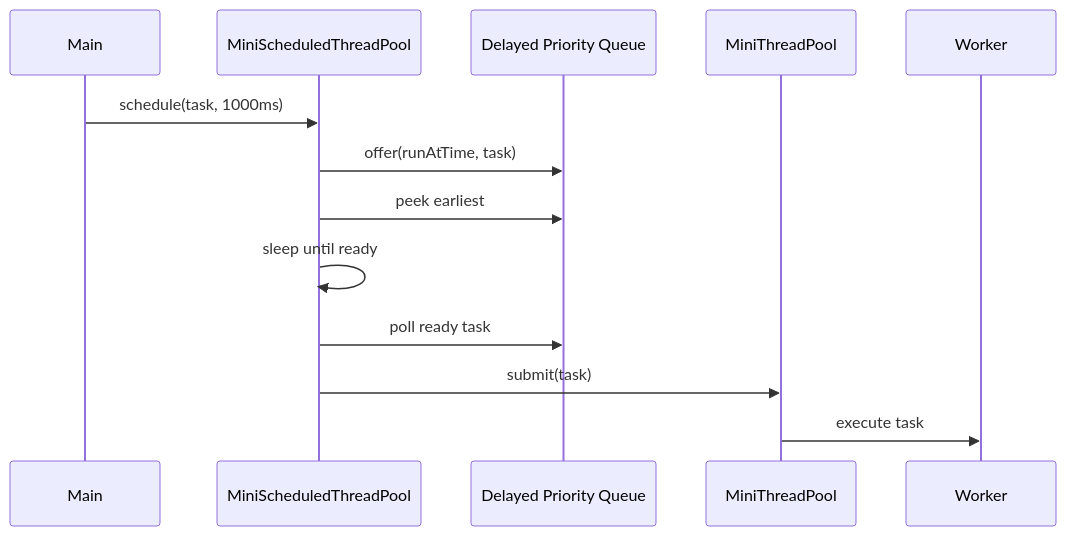
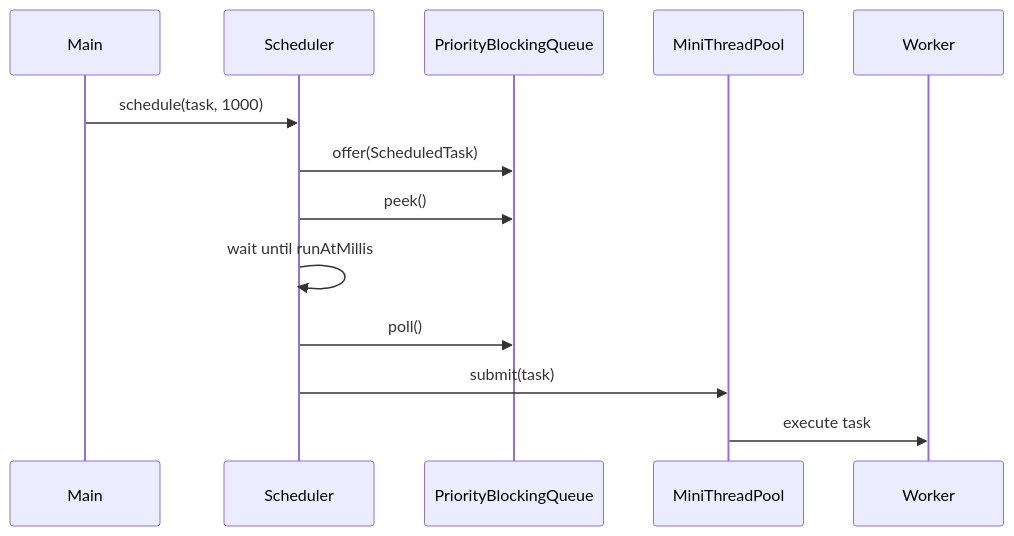
One commit to mthaiseer/springcloud-systemdesign-notes changed the eighth of 8 diagrams in HLD_NOTES/006_MINI_PROJECTS/001_ThreadPool.md. Above: the diagram before and after it, drawn with Mermaid. The commit also changed other lines of this file and 2 other files, not shown here.

````diff
--- a/HLD_NOTES/006_MINI_PROJECTS/001_ThreadPool.md
+++ b/HLD_NOTES/006_MINI_PROJECTS/001_ThreadPool.md
@@ -1683,16 +2491,16 @@
 ```mermaid
 sequenceDiagram
     participant Main
-    participant Scheduler as MiniScheduledThreadPool
-    participant DelayQ as Delayed Priority Queue
-    participant WorkerPool as MiniThreadPool
+    participant Scheduler
+    participant DelayQ as PriorityBlockingQueue
+    participant Pool as MiniThreadPool
     participant Worker
 
-    Main->>Scheduler: schedule(task, 1000ms)
-    Scheduler->>DelayQ: offer(runAtTime, task)
-    Scheduler->>DelayQ: peek earliest
-    Scheduler->>Scheduler: sleep until ready
-    Scheduler->>DelayQ: poll ready task
-    Scheduler->>WorkerPool: submit(task)
-    WorkerPool->>Worker: execute task
+    Main->>Scheduler: schedule(task, 1000)
+    Scheduler->>DelayQ: offer(ScheduledTask)
+    Scheduler->>DelayQ: peek()
+    Scheduler->>Scheduler: wait until runAtMillis
+    Scheduler->>DelayQ: poll()
+    Scheduler->>Pool: submit(task)
+    Pool->>Worker: execute task
 ```
````
